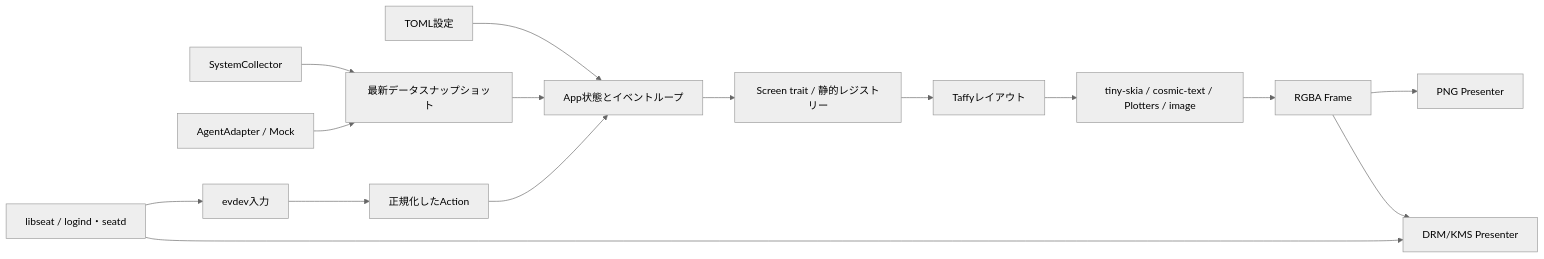
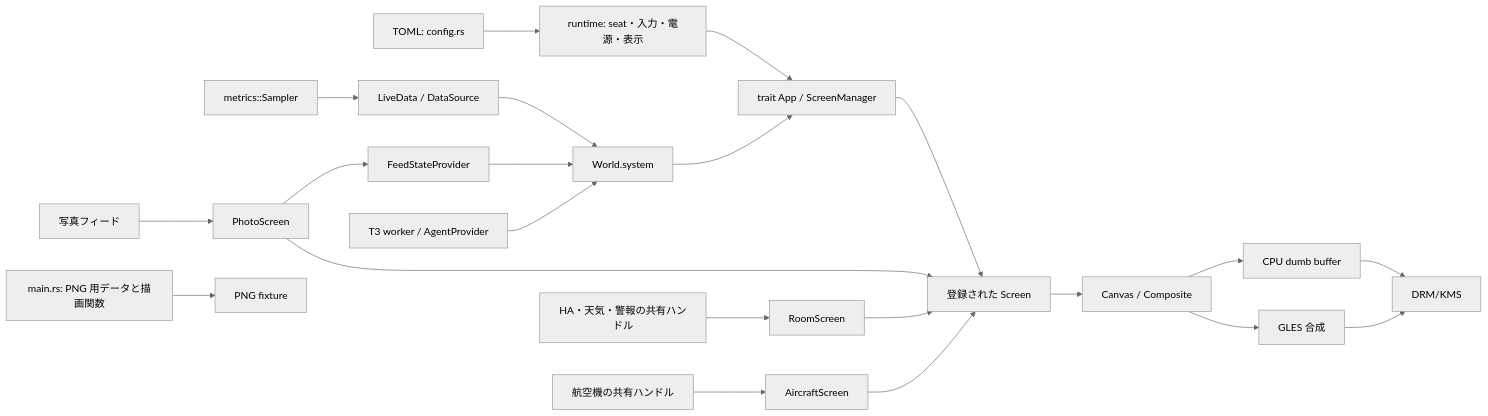
One commit to ysogabe/miharashi changed the diagram in docs/DESIGN.md. Above: the diagram before and after it, drawn with Mermaid (neutral theme). The commit also changed other lines of this file and 12 other files, not shown here.

````diff
--- a/docs/DESIGN.md
+++ b/docs/DESIGN.md
@@ -14,17 +16,21 @@
 ```mermaid
 flowchart LR
-    CFG[TOML設定] --> APP[App状態とイベントループ]
-    CPU[SystemCollector] --> SNAP[最新データスナップショット]
-    AG[AgentAdapter / Mock] --> SNAP
-    SNAP --> APP
-    SEAT[libseat / logind・seatd] --> IN[evdev入力]
-    SEAT --> KMS[DRM/KMS Presenter]
-    IN --> ACT[正規化したAction]
-    ACT --> APP
-    APP --> SCR[Screen trait / 静的レジストリー]
-    SCR --> LAY[Taffyレイアウト]
-    LAY --> DRAW[tiny-skia / cosmic-text / Plotters / image]
-    DRAW --> FRAME[RGBA Frame]
-    FRAME --> PNG[PNG Presenter]
-    FRAME --> KMS
+    CFG[TOML: config.rs] --> RT[runtime: seat・入力・電源・表示]
+    RT --> APP[trait App / ScreenManager]
+    SYS[metrics::Sampler] --> DATA[LiveData / DataSource]
+    DATA --> W[World.system]
+    PHOTO[写真フィード] --> PH[PhotoScreen]
+    PH --> FP[FeedStateProvider]
+    FP --> W
+    T3[T3 worker / AgentProvider] --> W
+    ROOM[HA・天気・警報の共有ハンドル] --> RS[RoomScreen]
+    AIR[航空機の共有ハンドル] --> AS[AircraftScreen]
+    W --> APP
+    APP --> SC[登録された Screen]
+    PH & RS & AS --> SC
+    SC --> CV[Canvas / Composite]
+    CV --> CPU[CPU dumb buffer]
+    CV --> GPU[GLES 合成]
+    CPU & GPU --> KMS[DRM/KMS]
+    FIX[main.rs: PNG 用データと描画関数] --> PNG[PNG fixture]
 ```
````
